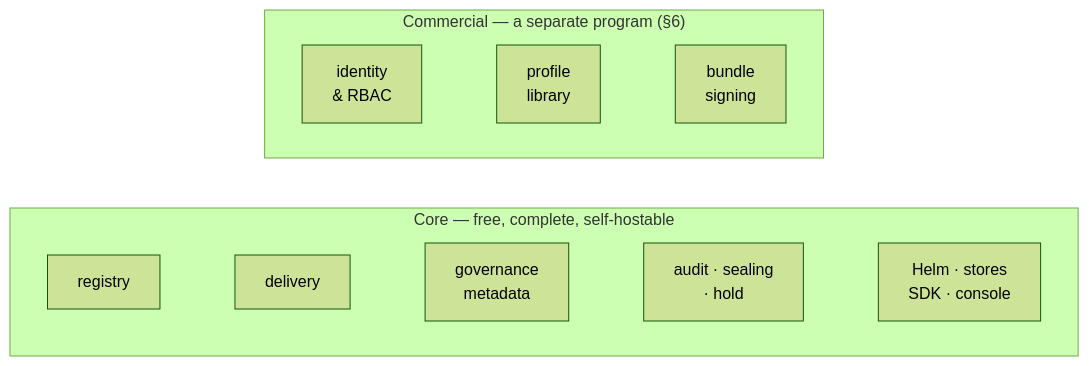
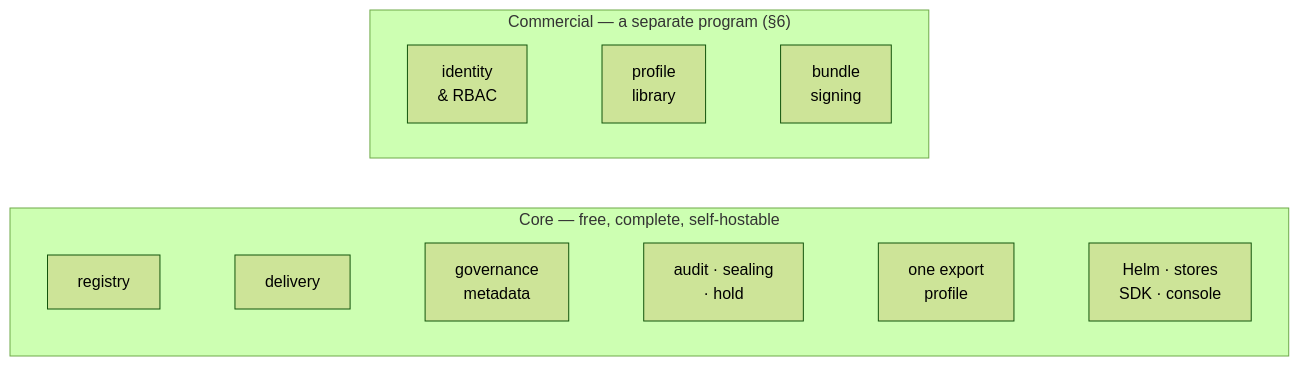
One commit to proseria-research/lineage changed the second of 4 diagrams in docs/23-open-core-split.md. Above: the diagram before and after it, drawn with Mermaid (forest theme). The commit also changed other lines of this file, not shown here.

````diff
--- a/docs/23-open-core-split.md
+++ b/docs/23-open-core-split.md
@@ -54,13 +54,13 @@
 ```mermaid
 %%{init: {"flowchart": {"curve": "linear"}}}%%
 flowchart TB
     subgraph ee["Commercial — a separate program (§6)"]
         direction LR
         auth["identity<br/>& RBAC"] ~~~ prof["profile<br/>library"] ~~~ sig["bundle<br/>signing"]
     end
     subgraph core["Core — free, complete, self-hostable"]
         direction LR
-        reg["registry"] ~~~ del["delivery"] ~~~ gov["governance<br/>metadata"] ~~~ aud["audit · sealing<br/>· hold"] ~~~ ops["Helm · stores<br/>SDK · console"]
+        reg["registry"] ~~~ del["delivery"] ~~~ gov["governance<br/>metadata"] ~~~ aud["audit · sealing<br/>· hold"] ~~~ exp["one export<br/>profile"] ~~~ ops["Helm · stores<br/>SDK · console"]
     end
     ee ~~~ core
 ```
````
